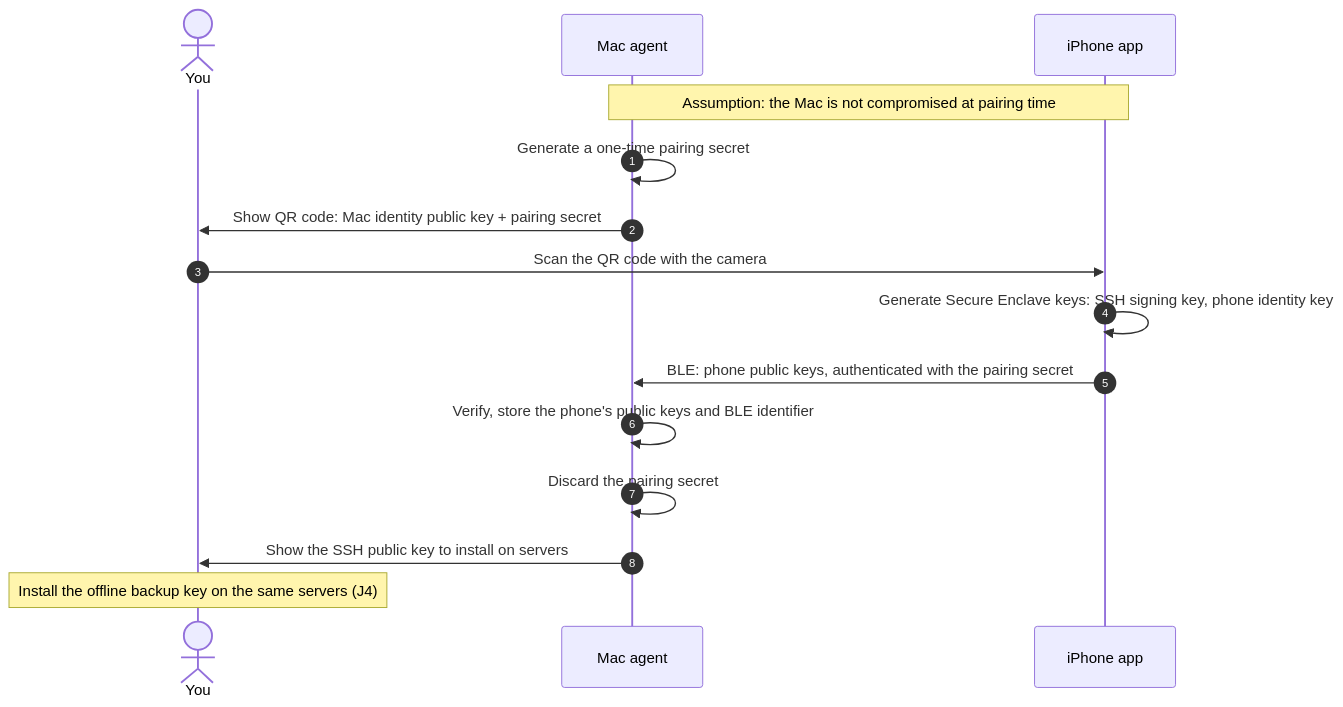
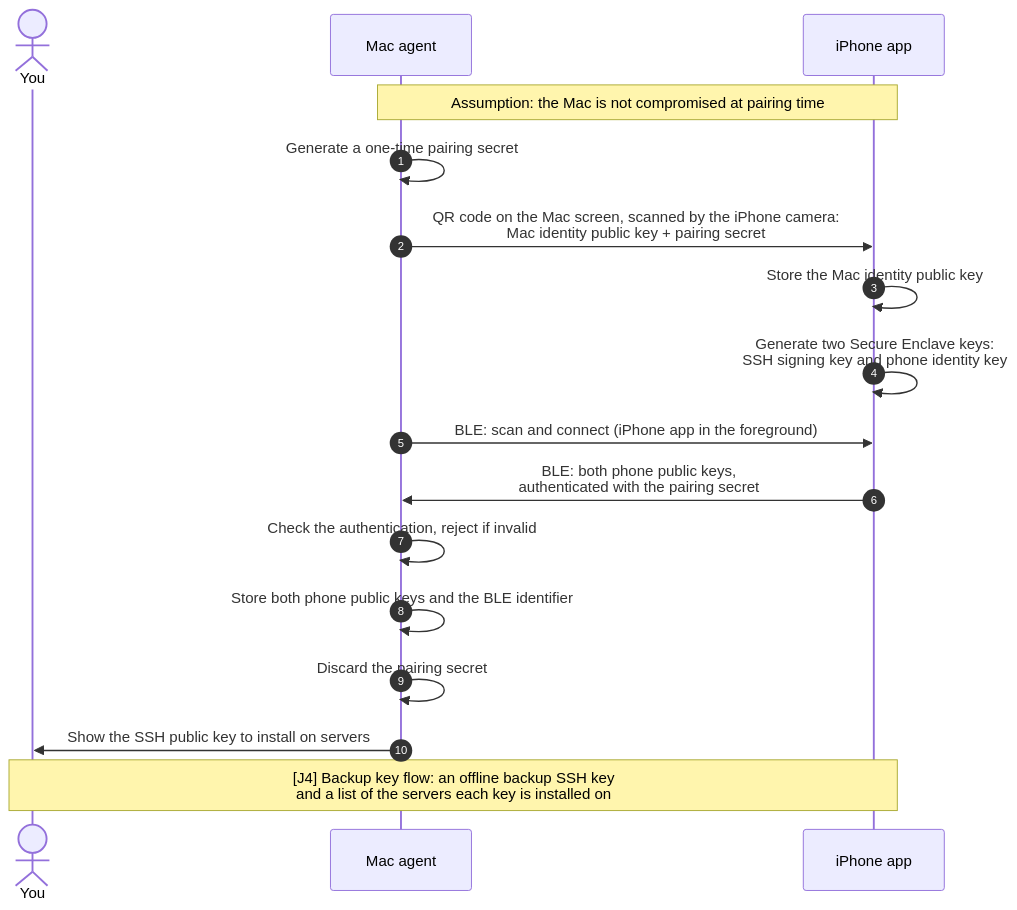
One commit to Samylay/sentry-key changed the second of 4 diagrams in docs/FLOWS.md. Above: the diagram before and after it, drawn with Mermaid. The commit also changed other lines of this file and 1 other file, not shown here.

First line of the commit message:
Revise flow diagrams after adversarial review (prompt P-010)

````diff
--- a/docs/FLOWS.md
+++ b/docs/FLOWS.md
@@ -41,18 +56,20 @@
 ```mermaid
 sequenceDiagram
   autonumber
   actor U as You
   participant M as Mac agent
   participant P as iPhone app
 
   Note over M,P: Assumption: the Mac is not compromised at pairing time
   M->>M: Generate a one-time pairing secret
-  M->>U: Show QR code: Mac identity public key + pairing secret
-  U->>P: Scan the QR code with the camera
-  P->>P: Generate Secure Enclave keys: SSH signing key, phone identity key
-  P->>M: BLE: phone public keys, authenticated with the pairing secret
-  M->>M: Verify, store the phone's public keys and BLE identifier
+  M->>P: QR code on the Mac screen, scanned by the iPhone camera:<br/>Mac identity public key + pairing secret
+  P->>P: Store the Mac identity public key
+  P->>P: Generate two Secure Enclave keys:<br/>SSH signing key and phone identity key
+  M->>P: BLE: scan and connect (iPhone app in the foreground)
+  P->>M: BLE: both phone public keys,<br/>authenticated with the pairing secret
+  M->>M: Check the authentication, reject if invalid
+  M->>M: Store both phone public keys and the BLE identifier
   M->>M: Discard the pairing secret
   M->>U: Show the SSH public key to install on servers
-  Note over U: Install the offline backup key on the same servers (J4)
+  Note over U,P: [J4] Backup key flow: an offline backup SSH key<br/>and a list of the servers each key is installed on
 ```
````
